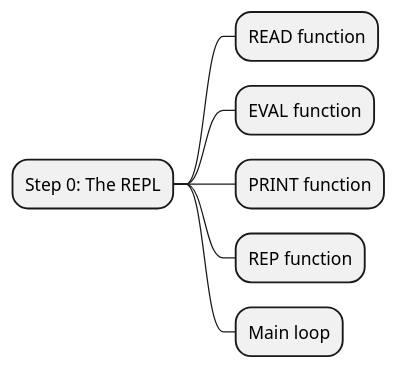
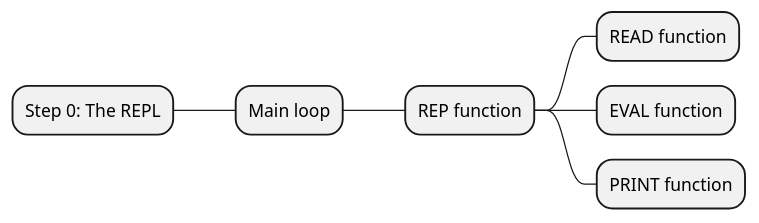
The first of 2 diagrams in README.md (Ragnarok540/mal), drawn with PlantUML before and after one commit. The commit also changed other lines of this file, not shown here.

Commit message:
mindmap 4

````diff
--- a/README.md
+++ b/README.md
@@ -4,10 +4,10 @@
 ```plantuml
 @startmindmap
 # Step 0: The REPL
-## READ function
-## EVAL function
-## PRINT function
-## REP function
 ## Main loop
+### REP function
+#### READ function
+#### EVAL function
+#### PRINT function
 @endmindmap
 ```
````
